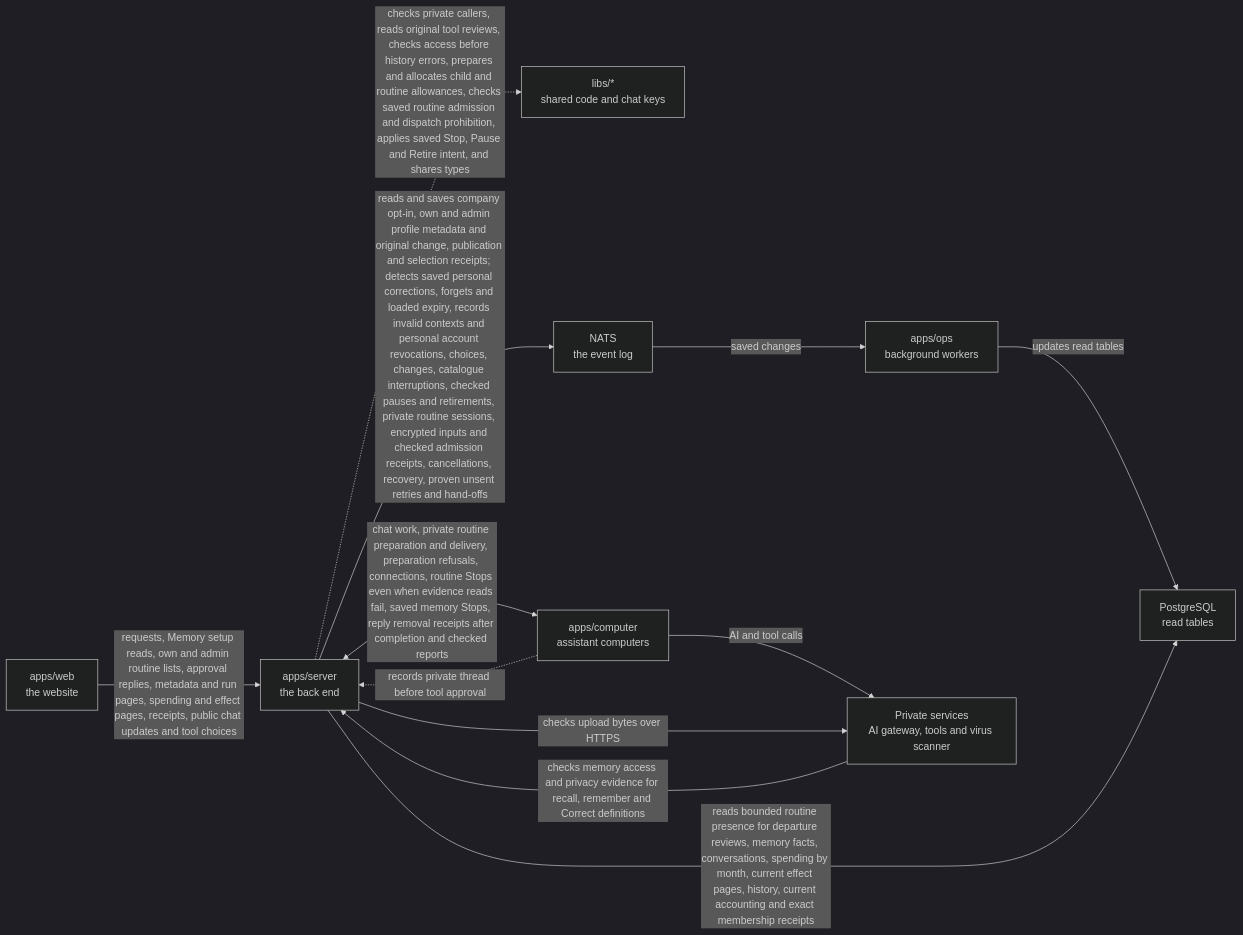
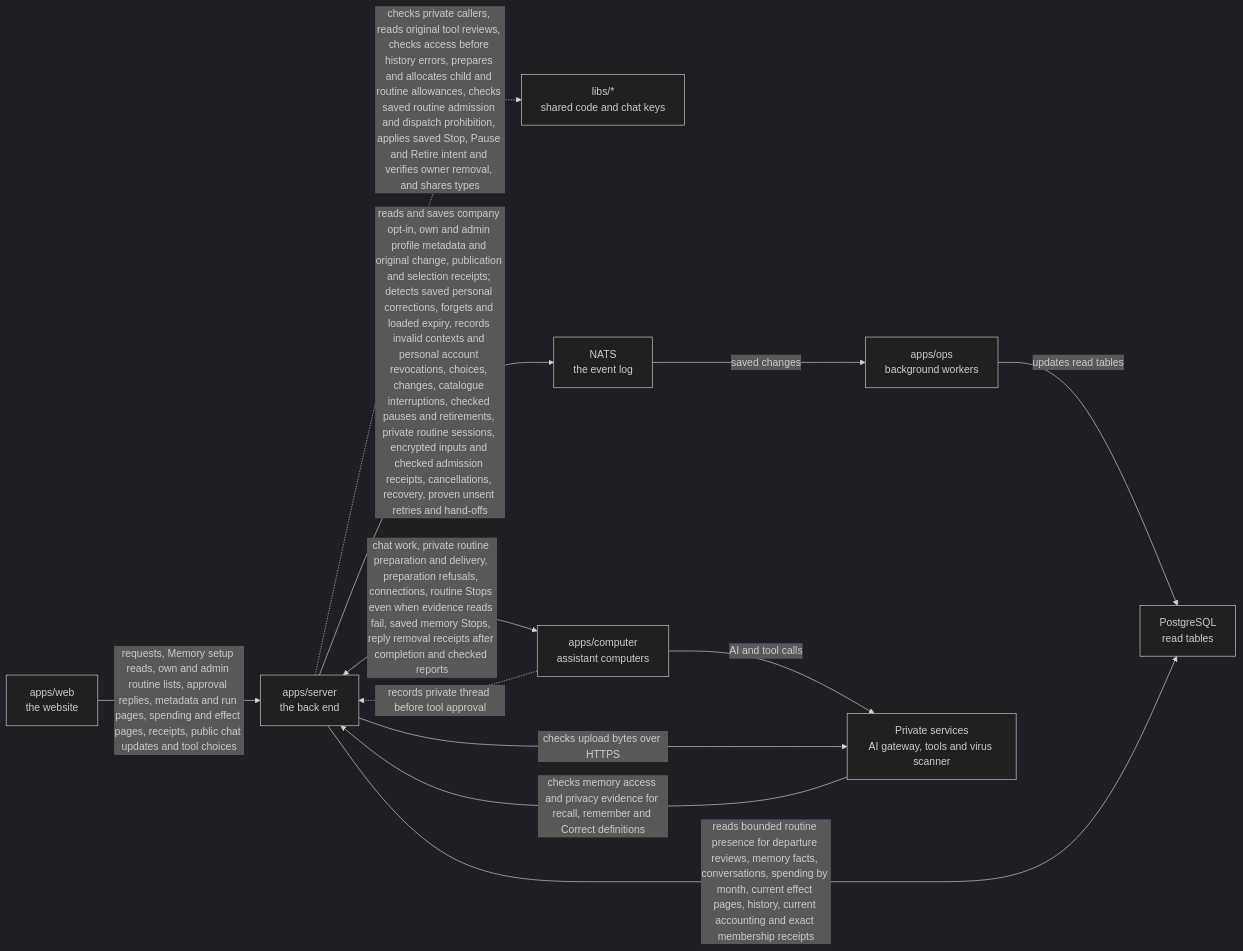
One commit to elewa-git/opencrane-new changed the diagram in apps/server/README.md. Above: the diagram before and after it, drawn with Mermaid (dark theme). The commit also changed other lines of this file and 16 other files, not shown here.

First line of the commit message:
⏸️ A routine pauses as soon as its recorded owner is removed (#802)

````diff
--- a/apps/server/README.md
+++ b/apps/server/README.md
@@ -130,14 +132,14 @@
 ```mermaid
 flowchart LR
   web["apps/web<br/>the website"] -->|requests, Memory setup reads, own and admin routine lists, approval replies, metadata and run pages, spending and effect pages, receipts, public chat updates and tool choices| server["apps/server<br/>the back end"]
-  server -.->|checks private callers, reads original tool reviews, checks access before history errors, prepares and allocates child and routine allowances, checks saved routine admission and dispatch prohibition, applies saved Stop, Pause and Retire intent, and shares types| libs["libs/*<br/>shared code and chat keys"]
+  server -.->|checks private callers, reads original tool reviews, checks access before history errors, prepares and allocates child and routine allowances, checks saved routine admission and dispatch prohibition, applies saved Stop, Pause and Retire intent and verifies owner removal, and shares types| libs["libs/*<br/>shared code and chat keys"]
   server -->|reads and saves company opt-in, own and admin profile metadata and original change, publication and selection receipts; detects saved personal corrections, forgets and loaded expiry, records invalid contexts and personal account revocations, choices, changes, catalogue interruptions, checked pauses and retirements, private routine sessions, encrypted inputs and checked admission receipts, cancellations, recovery, proven unsent retries and hand-offs| nats["NATS<br/>the event log"]
   nats -->|saved changes| ops["apps/ops<br/>background workers"]
   ops -->|updates read tables| postgres["PostgreSQL<br/>read tables"]
   server -->|reads bounded routine presence for departure reviews, memory facts, conversations, spending by month, current effect pages, history, current accounting and exact membership receipts| postgres
   server <-->|chat work, private routine preparation and delivery, preparation refusals, connections, routine Stops even when evidence reads fail, saved memory Stops, reply removal receipts after completion and checked reports| computer["apps/computer<br/>assistant computers"]
   computer -.->|records private thread before tool approval| server
   computer -->|AI and tool calls| runtime["Private services<br/>AI gateway, tools and virus scanner"]
   server -->|checks upload bytes over HTTPS| runtime
   runtime -->|checks memory access and privacy evidence for recall, remember and Correct definitions| server
 ```
````
